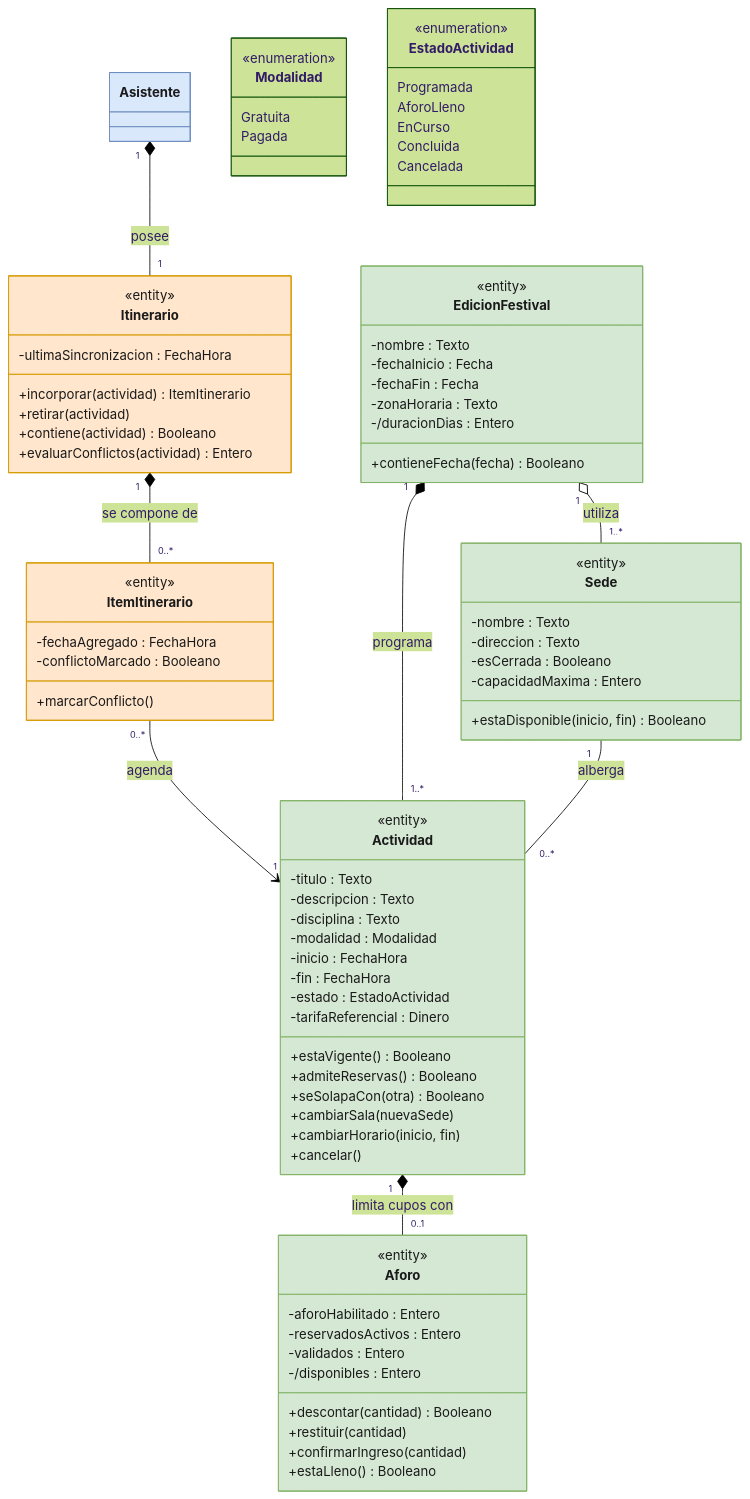
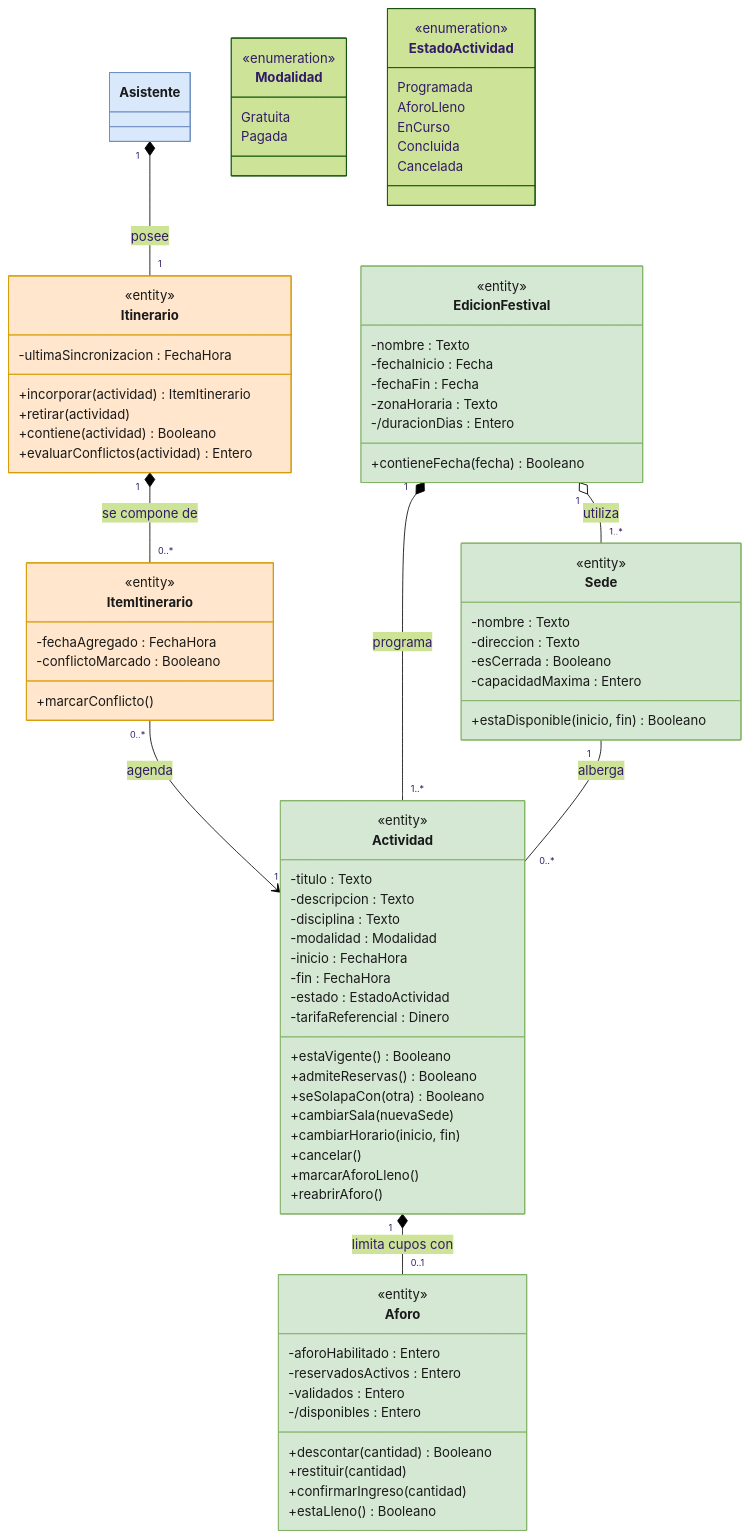
One commit to ArquitecturaSoftwareEC-UNI/FIAVL_ProyectoBIM changed the third of 7 diagrams in docs/architecture/02-logical-view.md. Above: the diagram before and after it, drawn with Mermaid (forest theme). The commit also changed other lines of this file and 1 other file, not shown here.

Commit message:
Prompt 4 – Vista de Procesos: ECB tables, diagramas de secuencia CU‑02/CU‑03/CU‑07; métodos añadidos a Logical View; Mermaid validado.

```diff
--- a/docs/architecture/02-logical-view.md
+++ b/docs/architecture/02-logical-view.md
@@ -475,6 +480,8 @@
     +cambiarSala(nuevaSede)
     +cambiarHorario(inicio, fin)
     +cancelar()
+    +marcarAforoLleno()
+    +reabrirAforo()
   }
   class Aforo {
     <<entity>>
```
